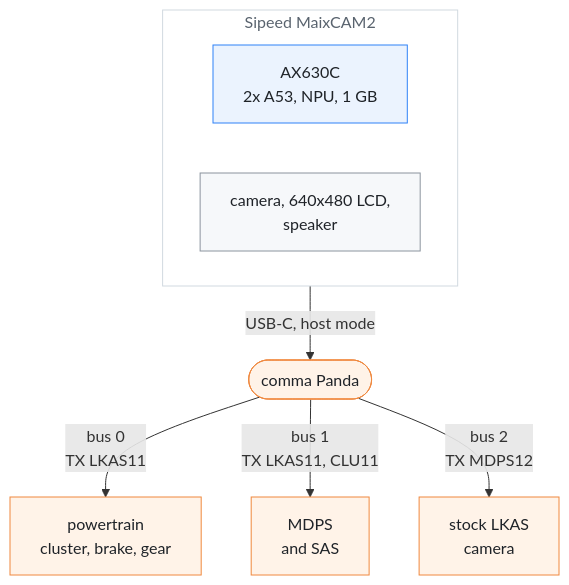
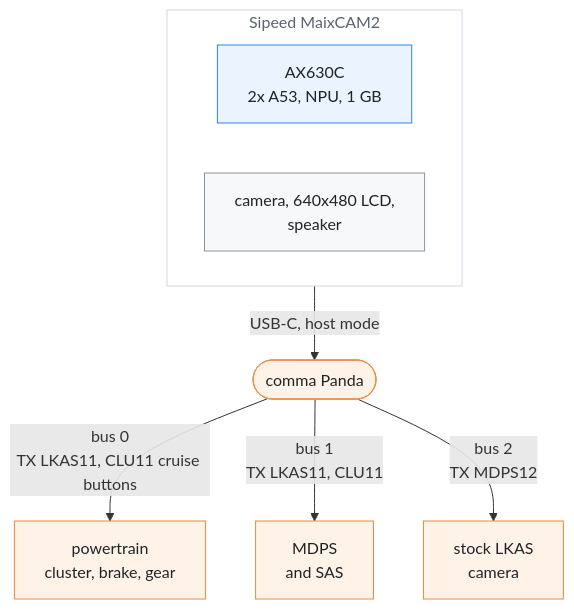
One commit to Deggory/edgepilot changed the seventh of 7 diagrams in README.md. Above: the diagram before and after it, drawn with Mermaid. The commit also changed other lines of this file and 249 other files, not shown here.

````diff
--- a/README.md
+++ b/README.md
@@ -273,24 +273,24 @@
 ```mermaid
 ---
 config:
   flowchart:
     wrappingWidth: 400
 ---
 flowchart TB
     subgraph board["Sipeed MaixCAM2"]
         soc["AX630C<br>2x A53, NPU, 1 GB"]
         io["camera, 640x480 LCD,<br>speaker"]
     end
     board -- "USB-C, host mode" --> panda(["comma Panda"])
-    panda -- "bus 0<br>TX LKAS11" --> pt["powertrain<br>cluster, brake, gear"]
+    panda -- "bus 0<br>TX LKAS11, CLU11 cruise buttons" --> pt["powertrain<br>cluster, brake, gear"]
     panda -- "bus 1<br>TX LKAS11, CLU11" --> mdps["MDPS<br>and SAS"]
     panda -- "bus 2<br>TX MDPS12" --> cam["stock LKAS<br>camera"]
     classDef compute fill:#ebf3fe,stroke:#2f81f7,color:#1f2328
     classDef proc fill:#f6f8fa,stroke:#8b949e,color:#1f2328
     classDef external fill:#fff3e8,stroke:#f0883e,color:#1f2328
     classDef group fill:#ffffff,stroke:#d1d9e0,color:#59636e
     class board group
     class soc compute
     class io proc
     class panda,pt,mdps,cam external
 ```
````
